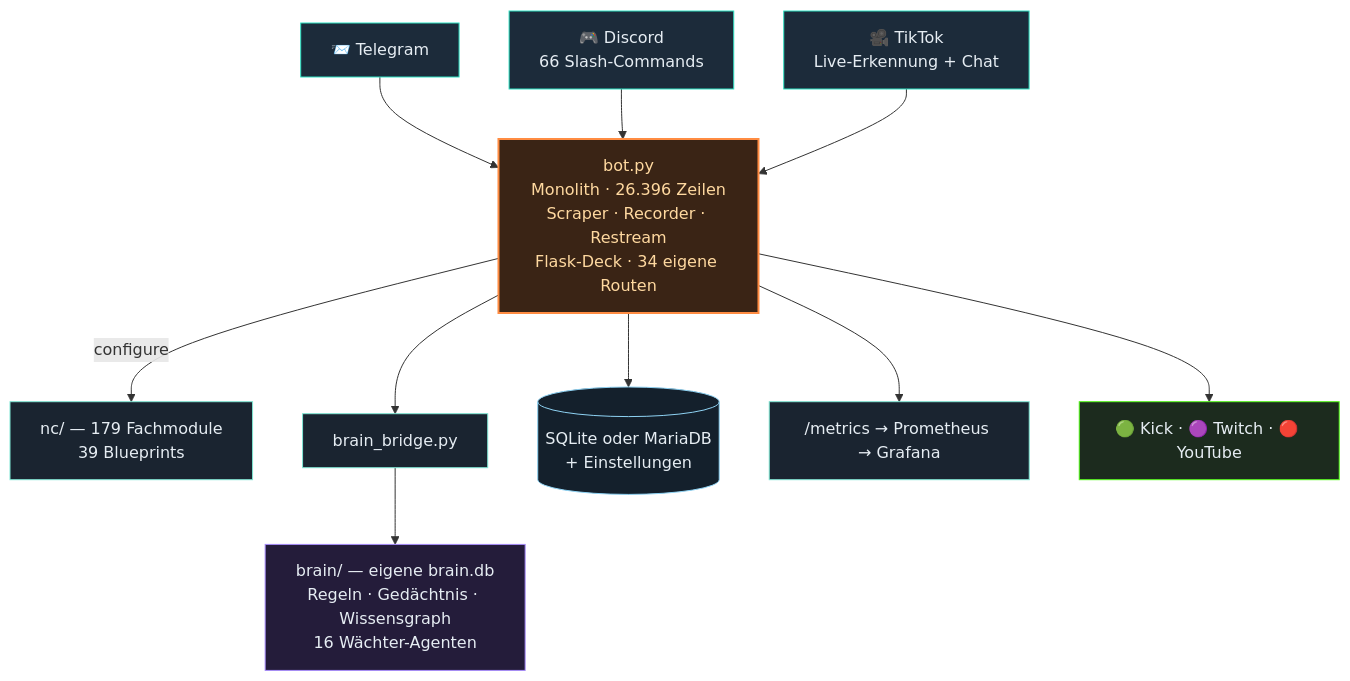
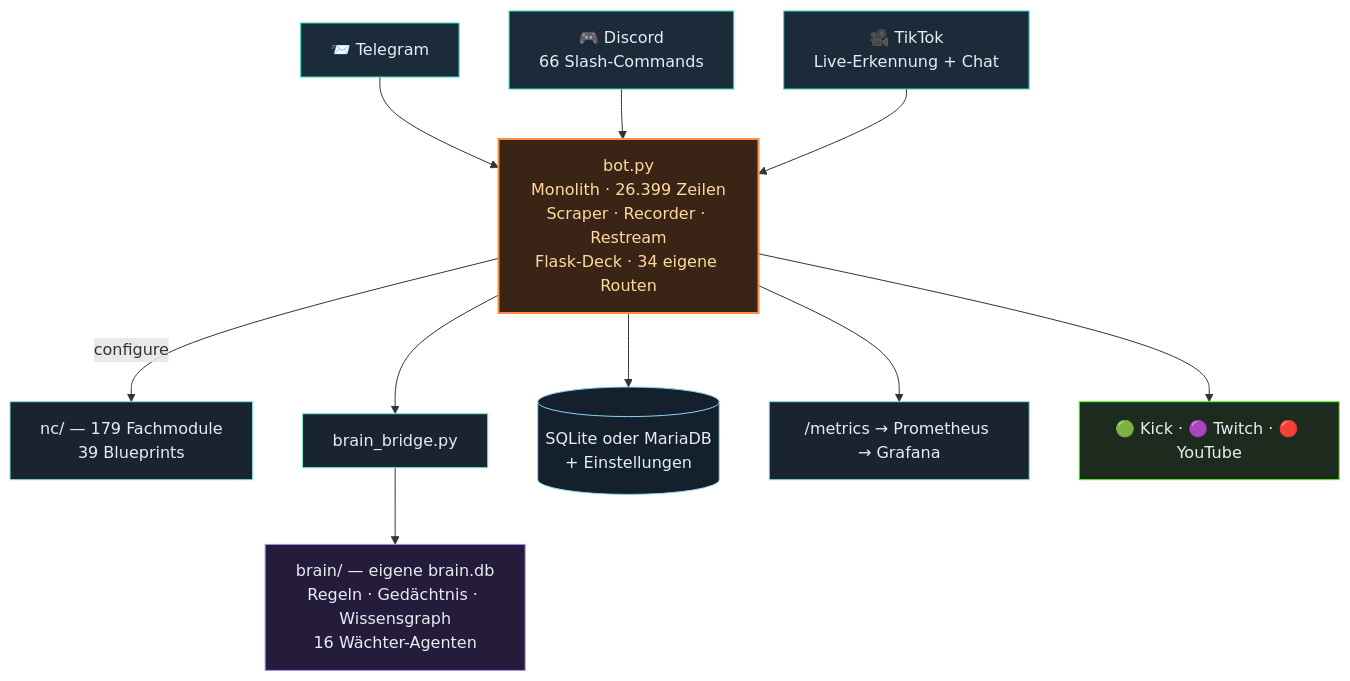
One commit to itsamemedev/Telegram-Stream-Info-Bot changed the second of 3 diagrams in README.md. Above: the diagram before and after it, drawn with Mermaid. The commit also changed other lines of this file and 14 other files, not shown here.

````diff
--- a/README.md
+++ b/README.md
@@ -118,19 +118,19 @@
 ```mermaid
 flowchart TB
     TG["📨 Telegram"]:::ein --> BOT
     DC["🎮 Discord<br/>66 Slash-Commands"]:::ein --> BOT
     TT["🎥 TikTok<br/>Live-Erkennung + Chat"]:::ein --> BOT
-    BOT["bot.py<br/>Monolith · 26.396 Zeilen<br/>Scraper · Recorder · Restream<br/>Flask-Deck · 34 eigene Routen"]:::core
+    BOT["bot.py<br/>Monolith · 26.399 Zeilen<br/>Scraper · Recorder · Restream<br/>Flask-Deck · 34 eigene Routen"]:::core
     BOT -->|configure| NC["nc/ — 179 Fachmodule<br/>39 Blueprints"]:::lib
     BOT --> BR["brain_bridge.py"]:::lib
     BR --> BRAIN["brain/ — eigene brain.db<br/>Regeln · Gedächtnis · Wissensgraph<br/>16 Wächter-Agenten"]:::brain
     BOT --> DB[("SQLite oder MariaDB<br/>+ Einstellungen")]:::db
     BOT --> PROM["/metrics → Prometheus → Grafana"]:::lib
     BOT --> OUT["🟢 Kick · 🟣 Twitch · 🔴 YouTube"]:::out
     classDef ein fill:#1c2b3a,stroke:#2de1c2,color:#e6edf3
     classDef core fill:#3a2415,stroke:#ff8c42,stroke-width:2px,color:#ffd9a0
     classDef lib fill:#1a2430,stroke:#7fe7d4,color:#e6edf3
     classDef brain fill:#241c3a,stroke:#a78bfa,color:#e6edf3
     classDef db fill:#14202c,stroke:#8fd3f4,color:#e6edf3
     classDef out fill:#1c2b1e,stroke:#53fc18,color:#e6edf3
 ```
````
